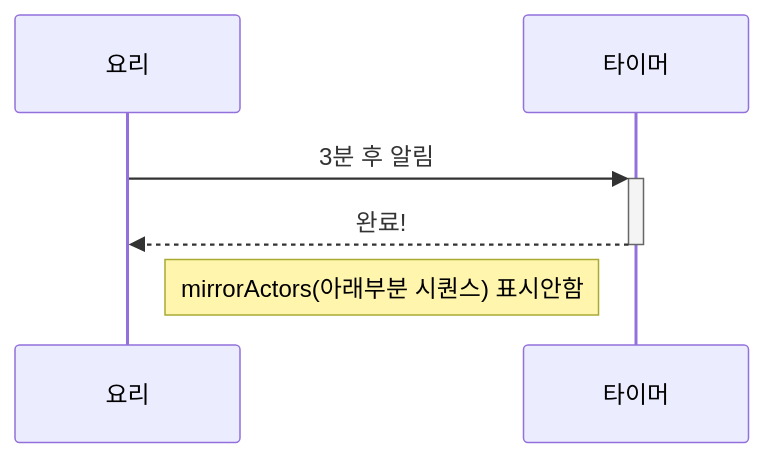
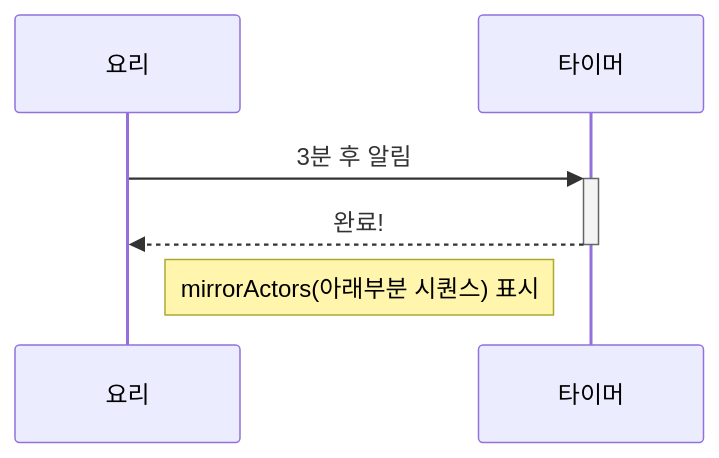
Before and after one commit to monolith-taehyun/docs-mermaid: diagram 17 of 17 in README.md, drawn with Mermaid.

Commit message:
지시문 예제 수정

````diff
--- a/README.md
+++ b/README.md
@@ -550,6 +550,6 @@
 ```mermaid
 sequenceDiagram
 	요리->>+타이머: 3분 후 알림
 	타이머-->>-요리: 완료!
-	Note left of 타이머: mirrorActors(아래부분 시퀀스) 표시안함
+	Note left of 타이머: mirrorActors(아래부분 시퀀스) 표시
 ```
````
